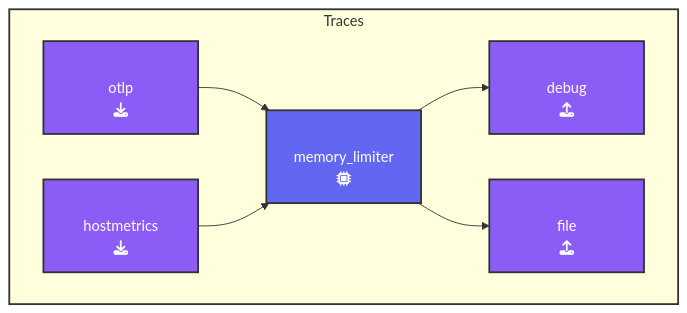
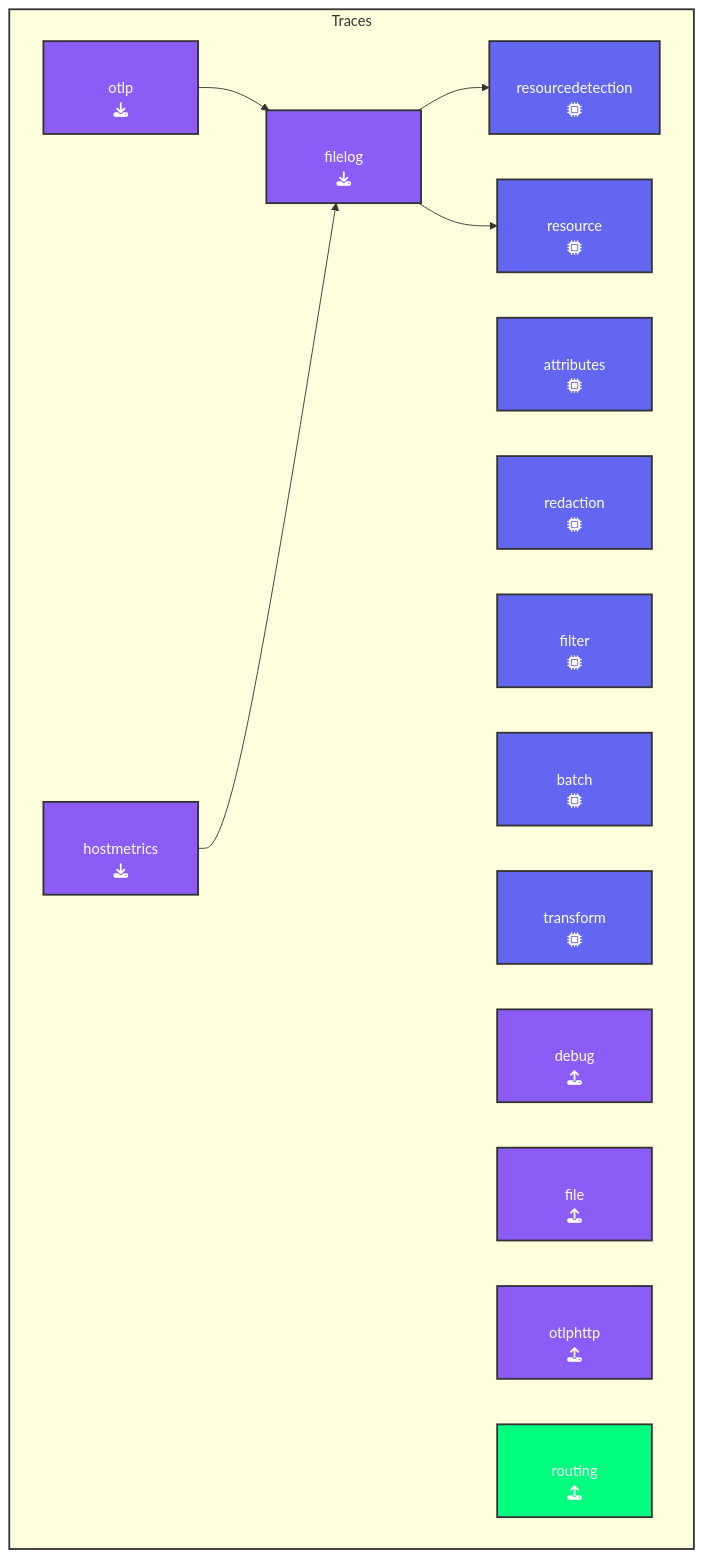
The diagram in content/en/ninja-workshops/10-advanced-otel/2-gateway/1-test-gateway.md (splunk/observability-workshop), drawn with Mermaid before and after one commit. The commit also changed 7 other files, not shown here.

Commit message:
work for graph and error notices

````diff
--- a/content/en/ninja-workshops/10-advanced-otel/2-gateway/1-test-gateway.md
+++ b/content/en/ninja-workshops/10-advanced-otel/2-gateway/1-test-gateway.md
@@ -69,22 +69,33 @@
 ```mermaid
 graph LR
   subgraph box[Traces]
     direction LR
     %% Nodes
       A[otlp<br>fa:fa-download]:::receiver
       B[hostmetrics<br>fa:fa-download ]:::receiver
-      C[memory_limiter<br>fa:fa-microchip]:::processor
-      D[debug<br>fa:fa-upload]:::exporter
-      E[file<br>fa:fa-upload]:::exporter
+      C[filelog<br>fa:fa-download]:::receiver
+      D[memory_limiter<br>fa:fa-microchip]:::processor
+      D[resourcedetection<br>fa:fa-microchip]:::processor
+      E[resource<br>fa:fa-microchip]:::processor
+      G[attributes<br>fa:fa-microchip]:::processor
+      H[redaction<br>fa:fa-microchip]:::processor
+      I[filter<br>fa:fa-microchip]:::processor
+      J[batch<br>fa:fa-microchip]:::processor
+      K[transform<br>fa:fa-microchip]:::processor
+      L[debug<br>fa:fa-upload]:::exporter
+      M[file<br>fa:fa-upload]:::exporter
+      N[otlphttp<br>fa:fa-upload]:::exporter
+      O[routing<br>fa:fa-upload]:::connector
     end
     %% Links
       A --> C
       B --> C
       C --> D
       C --> E
 
 classDef receiver fill:#8b5cf6,stroke:#333,stroke-width:2px,padding-left:110px,color:#fff;
 classDef processor fill:#6366f1,stroke:#333,stroke-width:2px,padding-left:110px,color:#fff;
 classDef exporter fill:#8b5cf6,stroke:#333,stroke-width:2px, padding-left:110px,color:#fff;
+classDef connector fill:#00ff7f,stroke:#333,stroke-width:2px, padding-left:110px,color:#fff;
 style box stroke:#333,stroke-width:2px,fill:#f9a9a9a;
 ```
````
